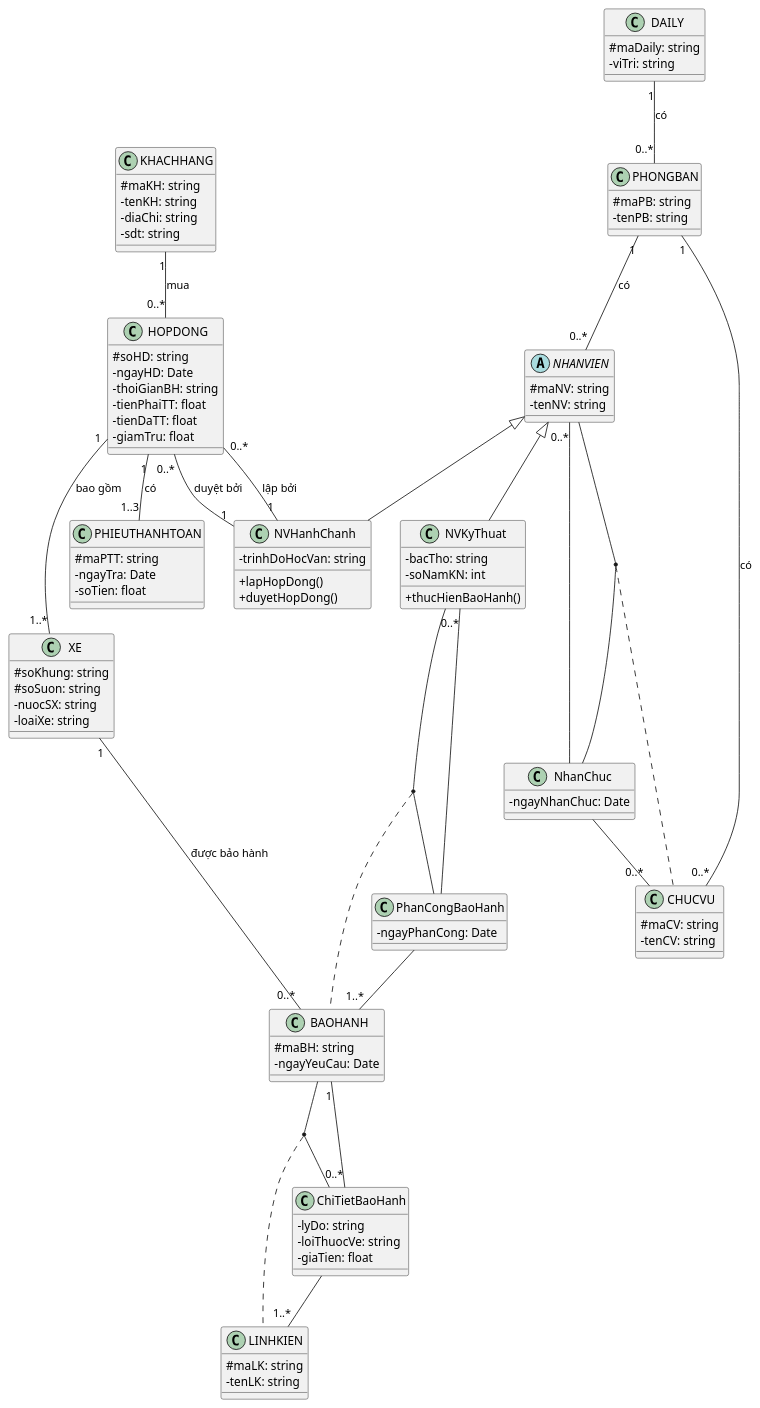
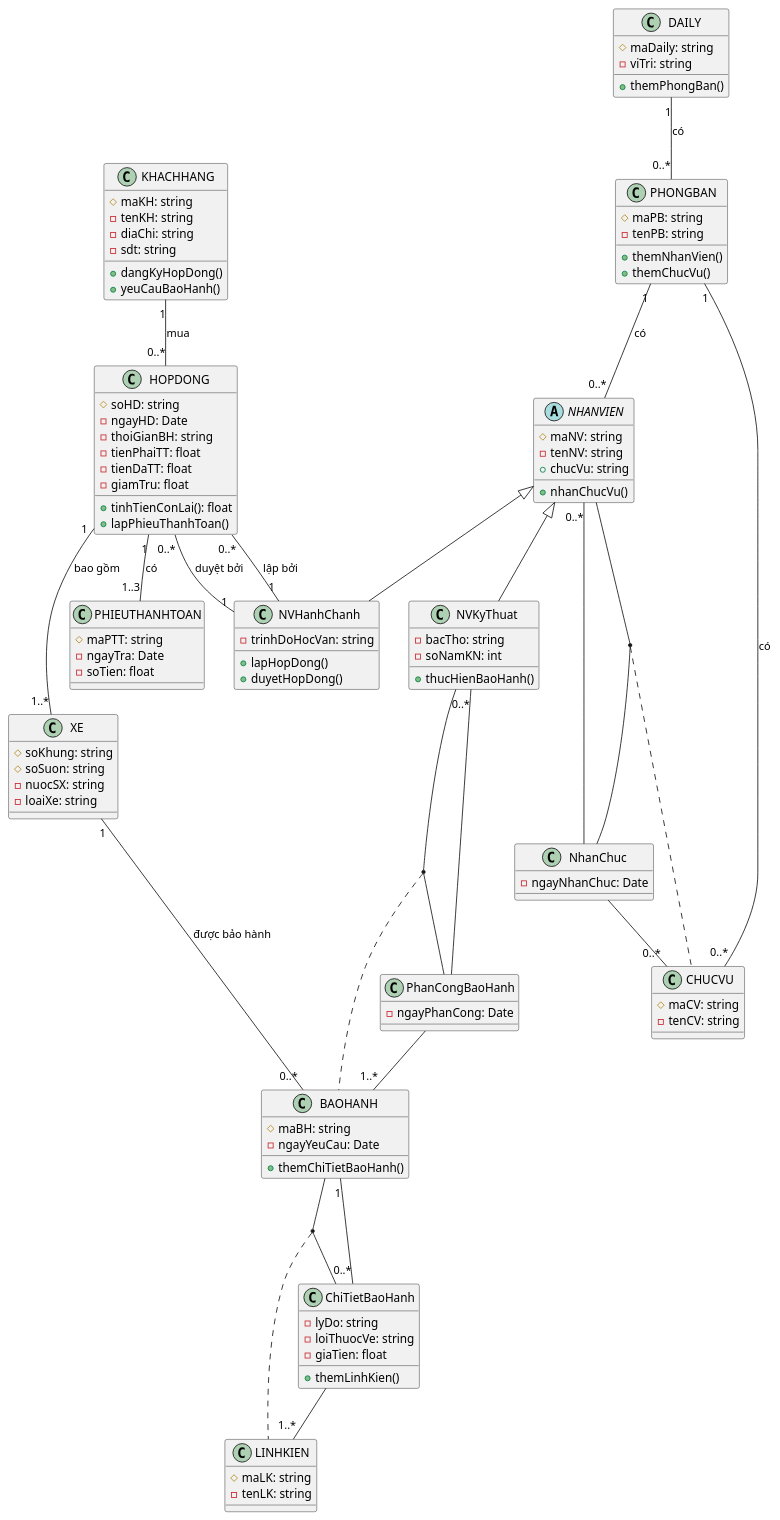
The diagram in uit/courses/IE103/exercises/BTQT2/assets/BTQT2_bai2-CD.puml (leanhvu21042001/LT.K2025.2-CNTT), drawn with PlantUML before and after one commit.

```diff
--- a/uit/courses/IE103/exercises/BTQT2/assets/BTQT2_bai2-CD.puml
+++ b/uit/courses/IE103/exercises/BTQT2/assets/BTQT2_bai2-CD.puml
@@ -1,135 +1,141 @@
-@startuml "Bai 2. Class Diagram - v2 (Tuong ung ERD v2)"
+@startuml "Bai 2. Class Diagram"
 
-' Class Diagram nay da cap nhat
-' 1. Logic Ke thua (Inheritance)
-' 2. Cac moi quan he da chuan hoa (loai bo duong tat)
-' 3. Thêm các Association Class cho quan he n-n
-
-skinparam classAttributeIconSize 0
+'skinparam classAttributeIconSize 0
 skinparam defaultFontName "Iosevka"
 
 class DAILY {
   # maDaily: string
   - viTri: string
+  + themPhongBan()
 }
 
 class PHONGBAN {
   # maPB: string
   - tenPB: string
+  + themNhanVien()
+  + themChucVu()
 }
 
 class CHUCVU {
   # maCV: string
   - tenCV: string
 }
 
 ' --- Inheritance (Ke thua) ---
 abstract class NHANVIEN {
   # maNV: string
   - tenNV: string
+  + chucVu: string
+  + nhanChucVu()
 }
 class NVHanhChanh extends NHANVIEN {
   - trinhDoHocVan: string
   + lapHopDong()
   + duyetHopDong()
 }
 class NVKyThuat extends NHANVIEN {
   - bacTho: string
   - soNamKN: int
   + thucHienBaoHanh()
 }
 ' ------------------
 
 class KHACHHANG {
   # maKH: string
   - tenKH: string
   - diaChi: string
   - sdt: string
+  + dangKyHopDong()
+  + yeuCauBaoHanh()
 }
 
 class HOPDONG {
   # soHD: string
   - ngayHD: Date
   - thoiGianBH: string
   - tienPhaiTT: float
   - tienDaTT: float
   - giamTru: float
+  + tinhTienConLai(): float
+  + lapPhieuThanhToan()
 }
 
 class XE {
   # soKhung: string
   # soSuon: string
   - nuocSX: string
   - loaiXe: string
 }
 
 class PHIEUTHANHTOAN {
   # maPTT: string
   - ngayTra: Date
   - soTien: float
 }
 
 class BAOHANH {
   # maBH: string
   - ngayYeuCau: Date
+  + themChiTietBaoHanh()
 }
 
 class LINHKIEN {
   # maLK: string
   - tenLK: string
 }
 
 ' --- Association Classes (Tuong ung quan he n-n) ---
 
 ' ERD: CHUCVU_NV (n-n)
 class NhanChuc {
   - ngayNhanChuc: Date
 }
 
 ' ERD: THUCHIEN_BH (n-n)
 class PhanCongBaoHanh {
   - ngayPhanCong: Date
 }
 
 ' ERD: CHITIET_BH (n-n)
 class ChiTietBaoHanh {
   - lyDo: string
   - loiThuocVe: string
   - giaTien: float
+  + themLinhKien()
 }
 
 ' --- Associations (Moi quan he da chuan hoa) ---
 
 ' 1. Cau truc to chuc
 DAILY "1" -- "0..*" PHONGBAN : "có"
 PHONGBAN "1" -- "0..*" NHANVIEN : "có"
 PHONGBAN "1" -- "0..*" CHUCVU : "có"
 ' Quan he n-n giua NHANVIEN va CHUCVU
 (NHANVIEN, NhanChuc) .. CHUCVU
 NHANVIEN "0..*" -- NhanChuc
 NhanChuc -- "0..*" CHUCVU
 
 ' 2. Quan he Nghiep Vu
 KHACHHANG "1" -- "0..*" HOPDONG : "mua"
 
 ' Hop dong duoc lap/duyet boi NV Hanh Chanh
 HOPDONG "0..*" -- "1" NVHanhChanh : "lập bởi"
 HOPDONG "0..*" -- "1" NVHanhChanh : "duyệt bởi"
 
 HOPDONG "1" -- "1..*" XE : "bao gồm"
 HOPDONG "1" -- "1..3" PHIEUTHANHTOAN : "có"
 
 ' 3. Quan he Bao Hanh
 XE "1" -- "0..*" BAOHANH : "được bảo hành"
 
 ' Quan he n-n giua BAOHANH va NVKyThuat
 (NVKyThuat, PhanCongBaoHanh) .. BAOHANH
 NVKyThuat "0..*" -- PhanCongBaoHanh
 PhanCongBaoHanh -- "1..*" BAOHANH
 
 ' Quan he n-n giua BAOHANH va LINHKIEN
 (BAOHANH, ChiTietBaoHanh) .. LINHKIEN
 BAOHANH "1" -- "0..*" ChiTietBaoHanh
 ChiTietBaoHanh -- "1..*" LINHKIEN
 
 @enduml
```
